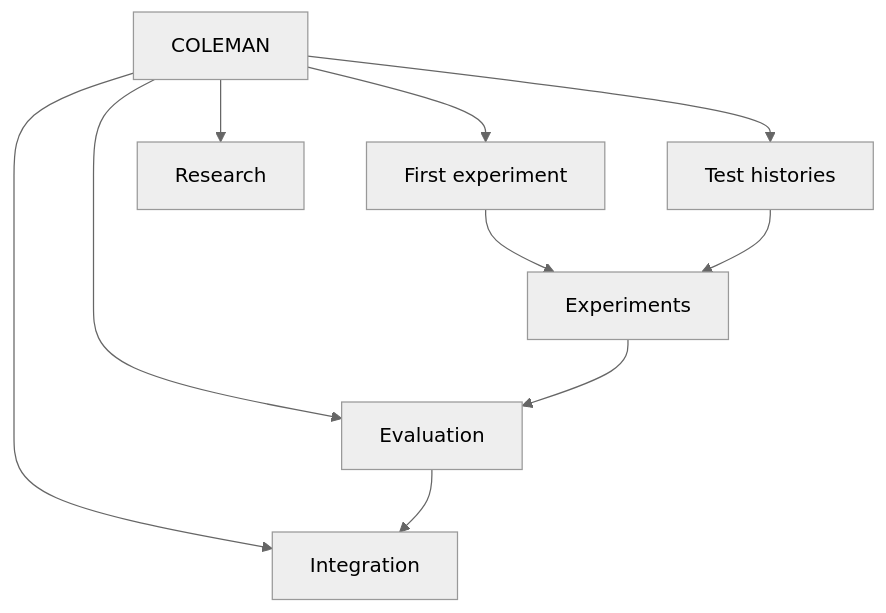
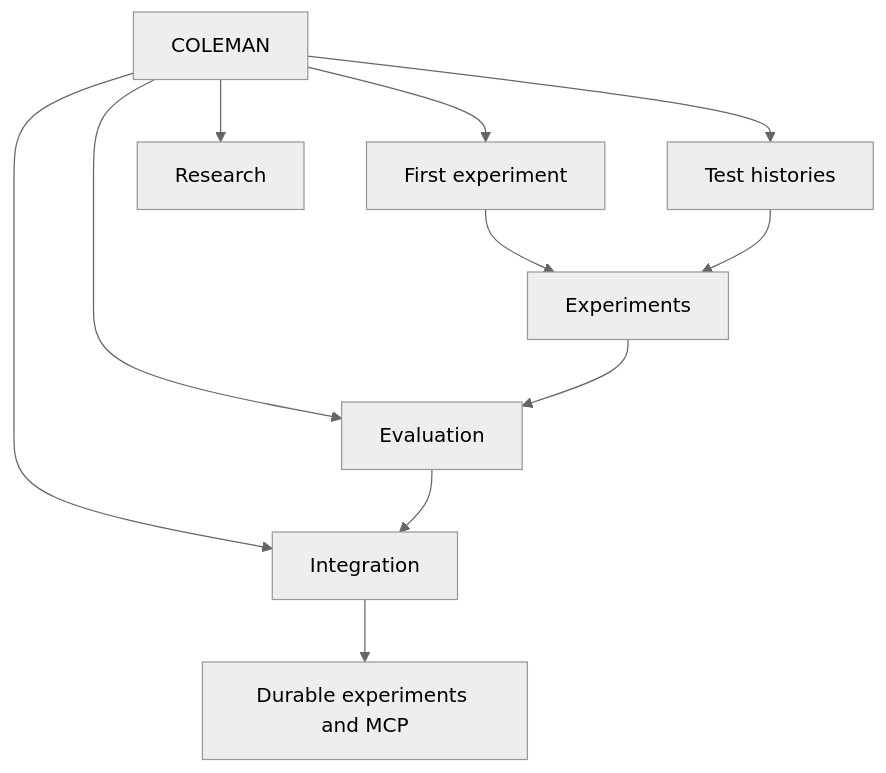
The diagram in docs/index.md (jacksonpradolima/coleman4hcs), drawn with Mermaid (neutral theme) before and after one commit. The commit also changed other lines of this file and 49 other files, not shown here.

Commit message:
feat: add durable bounded CI experiment workflows

````diff
--- a/docs/index.md
+++ b/docs/index.md
@@ -33,19 +33,21 @@
 ```mermaid
 flowchart TD
     C[COLEMAN]
     C --> S[First experiment]
     C --> D[Test histories]
     C --> E[Evaluation]
     C --> I[Integration]
     S --> X[Experiments]
     D --> X
     X --> E
     E --> I
+    I --> W[Durable experiments and MCP]
     C --> R[Research]
     click S "getting-started/" "Run your first experiment"
     click D "datasets/" "Choose a source and workflow"
     click X "experiments/" "Configure experiments"
     click E "evaluation-guide/" "Evaluate evidence"
     click I "integration-guide/" "Explore integration"
+    click W "durable-experiments/" "Plan, tune and recover an experiment"
     click R "research/" "Read the research"
 ```
````
